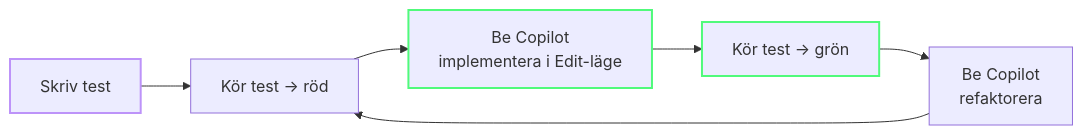
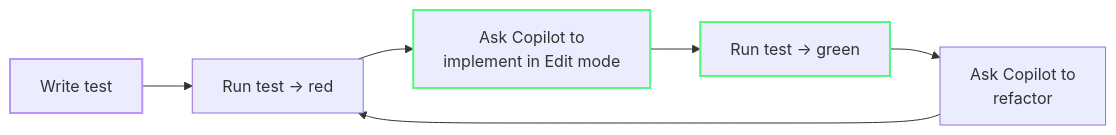
One commit to dandahprecio/vibe-on-budget changed the fourth of 5 diagrams in token-economy-course/src/content/docs/sv/08-vibe-coding-guardrails.mdx. Above: the diagram before and after it, drawn with Mermaid. The commit also changed other lines of this file and 23 other files, not shown here.

````diff
--- a/token-economy-course/src/content/docs/sv/08-vibe-coding-guardrails.mdx
+++ b/token-economy-course/src/content/docs/sv/08-vibe-coding-guardrails.mdx
@@ -219,12 +243,12 @@
 ```mermaid
 flowchart LR
-    A[Skriv test] --> B[Kör test → röd]
-    B --> C[Be Copilot<br/>implementera i Edit-läge]
-    C --> D[Kör test → grön]
-    D --> E[Be Copilot<br/>refaktorera]
+    A[Write test] --> B[Run test → red]
+    B --> C[Ask Copilot to<br/>implement in Edit mode]
+    C --> D[Run test → green]
+    D --> E[Ask Copilot to<br/>refactor]
     E --> B
     
     style A stroke:#bd93f9,stroke-width:2px
     style C stroke:#50fa7b,stroke-width:2px
     style D stroke:#50fa7b,stroke-width:2px
 ```
````
